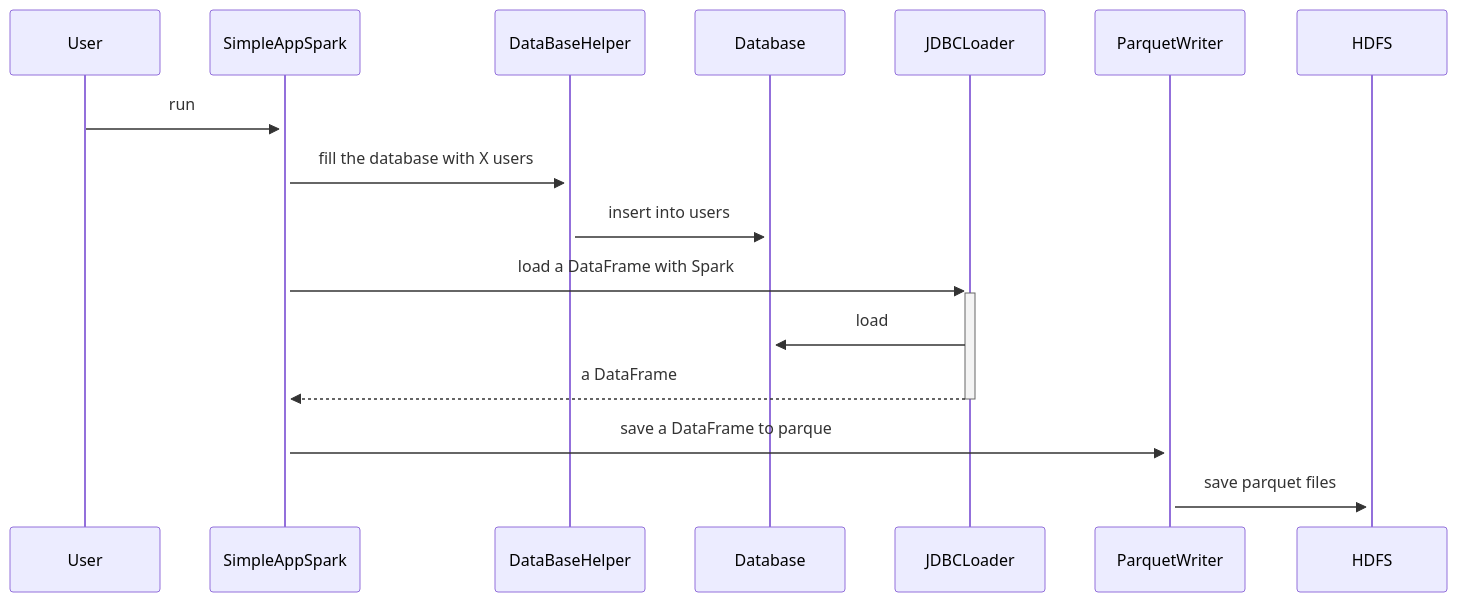
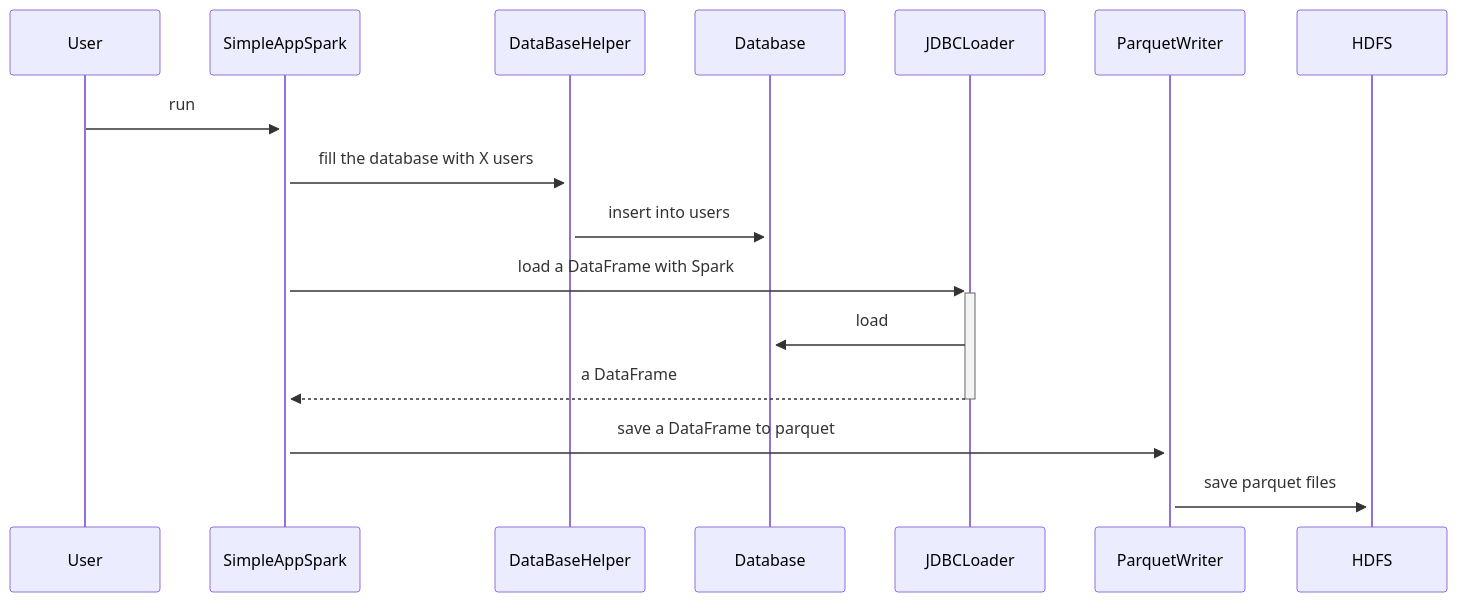
The second of 2 diagrams in README.md (raphaelmansuy/spark_samples), drawn with Mermaid before and after one commit.

````diff
--- a/README.md
+++ b/README.md
@@ -63,11 +63,11 @@
 ```mermaid
 sequenceDiagram
     User->>+SimpleAppSpark: run
     SimpleAppSpark ->>+ DataBaseHelper: fill the database with X users
     DataBaseHelper ->>+ Database: insert into users
     SimpleAppSpark ->>+ JDBCLoader: load a DataFrame with Spark
     JDBCLoader ->>+ Database: load
     JDBCLoader -->>- SimpleAppSpark: a DataFrame
-    SimpleAppSpark ->>+ ParquetWriter: save a DataFrame to parque
+    SimpleAppSpark ->>+ ParquetWriter: save a DataFrame to parquet
     ParquetWriter ->>+ HDFS: save parquet files
 ```
````
